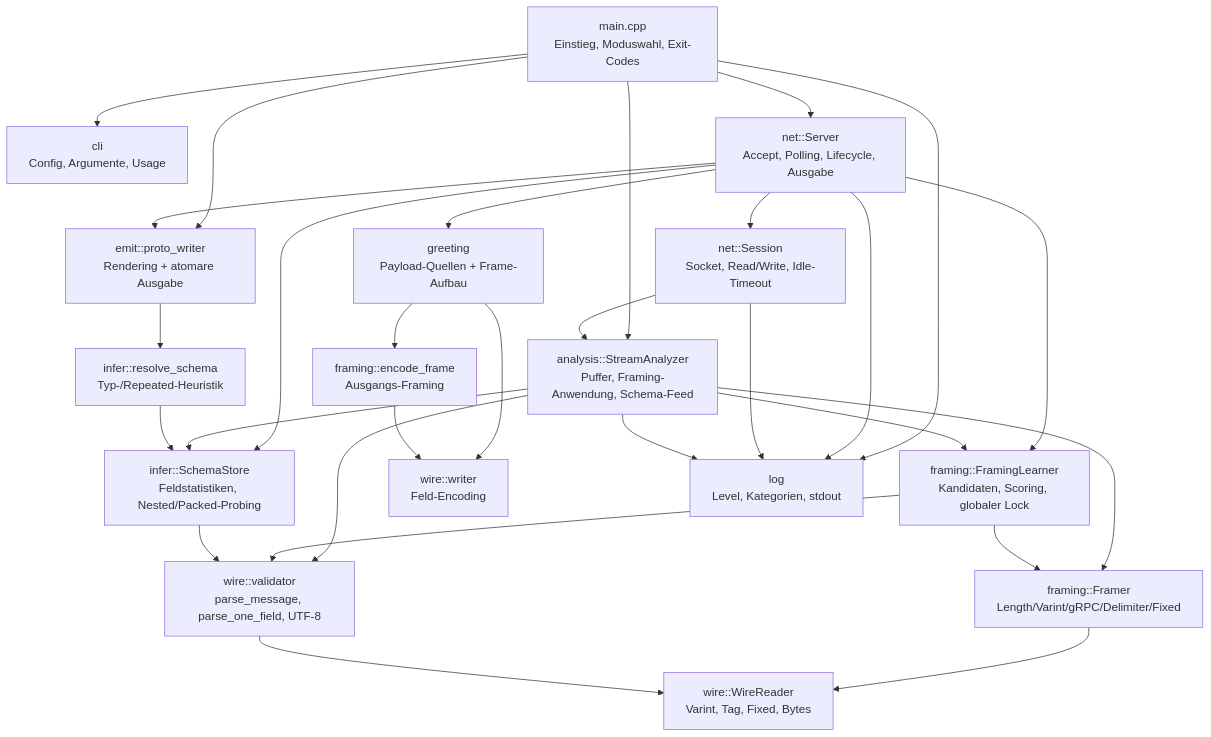
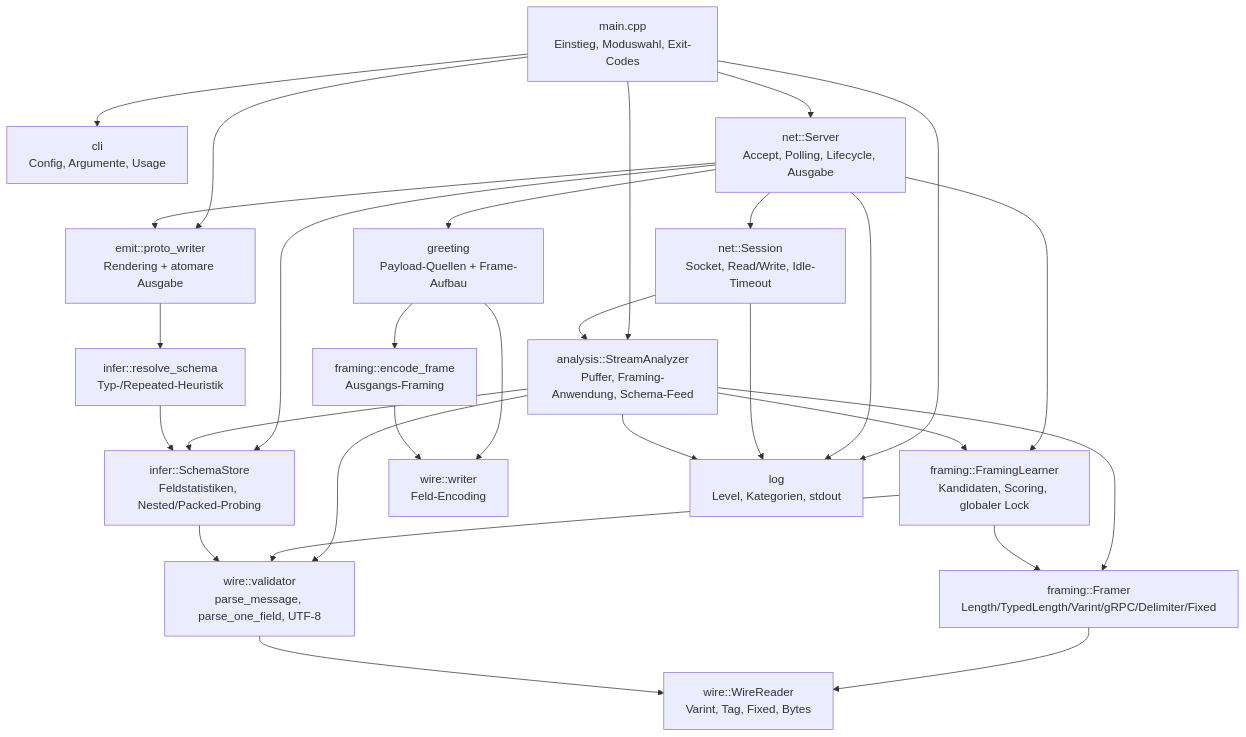
One commit to chriswit68/protoreverse changed the third of 14 diagrams in docs/arc42.md. Above: the diagram before and after it, drawn with Mermaid. The commit also changed other lines of this file and 30 other files, not shown here.

````diff
--- a/docs/arc42.md
+++ b/docs/arc42.md
@@ -241,54 +249,54 @@
 ```mermaid
 flowchart TB
     MAIN["main.cpp<br/>Einstieg, Moduswahl, Exit-Codes"]
     CLI["cli<br/>Config, Argumente, Usage"]
     SERVER["net::Server<br/>Accept, Polling, Lifecycle, Ausgabe"]
     SESSION["net::Session<br/>Socket, Read/Write, Idle-Timeout"]
     ANALYZER["analysis::StreamAnalyzer<br/>Puffer, Framing-Anwendung, Schema-Feed"]
     LEARNER["framing::FramingLearner<br/>Kandidaten, Scoring, globaler Lock"]
-    FRAMER["framing::Framer<br/>Length/Varint/gRPC/Delimiter/Fixed"]
+    FRAMER["framing::Framer<br/>Length/TypedLength/Varint/gRPC/Delimiter/Fixed"]
     VALIDATOR["wire::validator<br/>parse_message, parse_one_field, UTF-8"]
     READER["wire::WireReader<br/>Varint, Tag, Fixed, Bytes"]
     SCHEMA["infer::SchemaStore<br/>Feldstatistiken, Nested/Packed-Probing"]
     RESOLVER["infer::resolve_schema<br/>Typ-/Repeated-Heuristik"]
     EMIT["emit::proto_writer<br/>Rendering + atomare Ausgabe"]
     GREETING["greeting<br/>Payload-Quellen + Frame-Aufbau"]
     ENCODER["framing::encode_frame<br/>Ausgangs-Framing"]
     WRITER["wire::writer<br/>Feld-Encoding"]
     LOG["log<br/>Level, Kategorien, stdout"]
 
     MAIN --> CLI
     MAIN --> SERVER
     MAIN --> ANALYZER
     MAIN --> EMIT
     MAIN --> LOG
 
     SERVER --> SESSION
     SERVER --> GREETING
     SERVER --> LEARNER
     SERVER --> SCHEMA
     SERVER --> EMIT
     SERVER --> LOG
 
     SESSION --> ANALYZER
     SESSION --> LOG
 
     ANALYZER --> LEARNER
     ANALYZER --> FRAMER
     ANALYZER --> VALIDATOR
     ANALYZER --> SCHEMA
     ANALYZER --> LOG
 
     LEARNER --> FRAMER
     LEARNER --> VALIDATOR
     FRAMER --> READER
     VALIDATOR --> READER
 
     SCHEMA --> VALIDATOR
     RESOLVER --> SCHEMA
     EMIT --> RESOLVER
 
     GREETING --> ENCODER
     GREETING --> WRITER
     ENCODER --> WRITER
 ```
````
